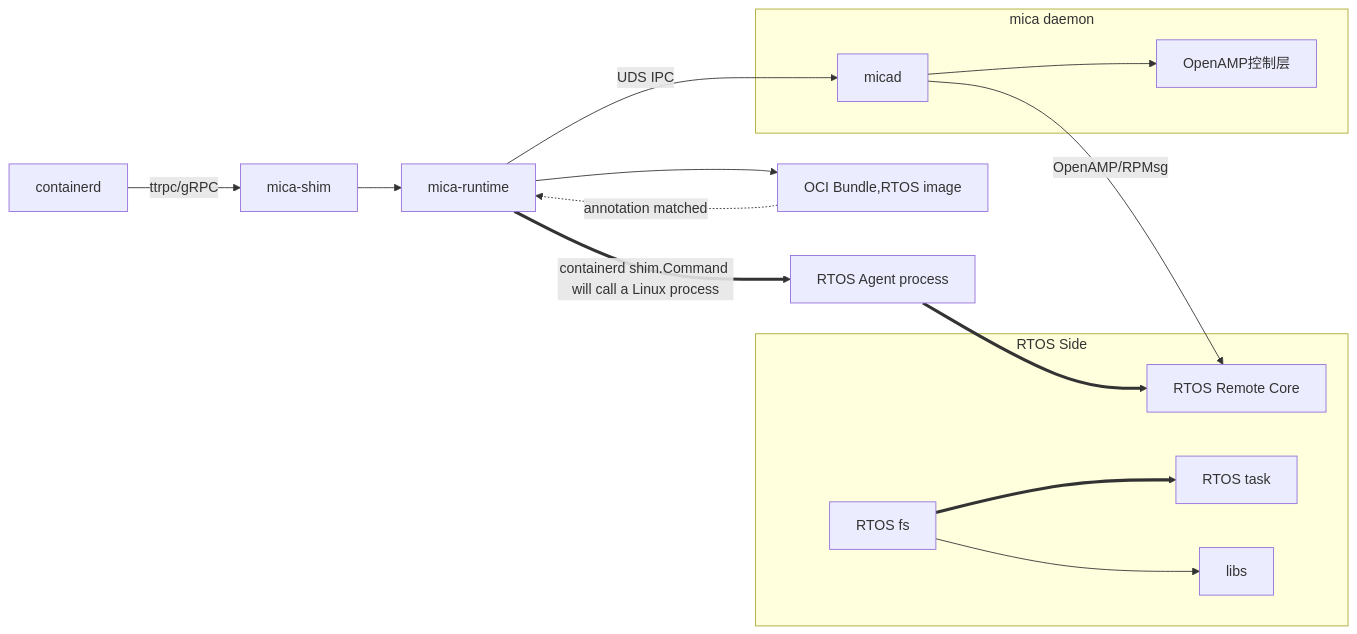
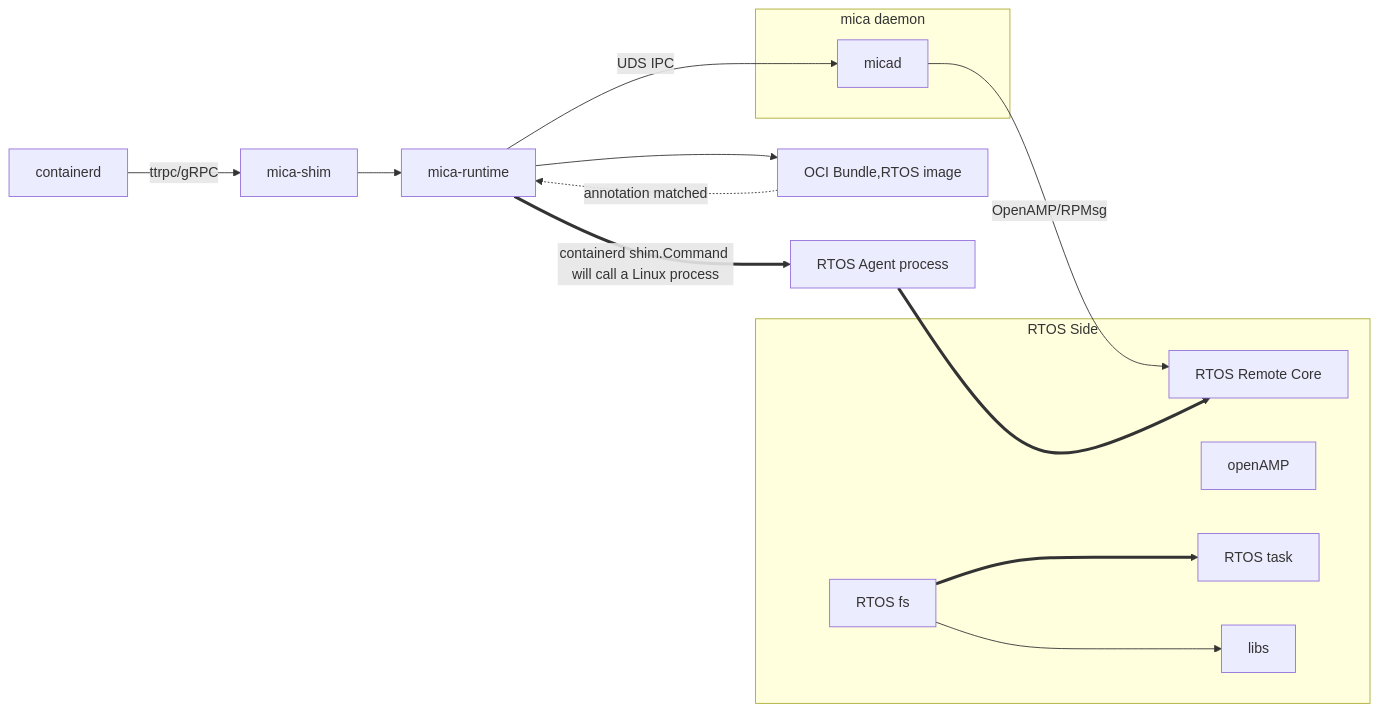
One commit to Egg12138/iodraw-files changed the diagram in all/未命名.md. Above: the diagram before and after it, drawn with Mermaid.

Commit message:
2025-06-21 17:12:52 update

````diff
--- a/all/未命名.md
+++ b/all/未命名.md
@@ -1,23 +1,23 @@
 ```mermaid
 
 graph LR
     CD[containerd] -->|ttrpc/gRPC| S
     S[mica-shim] --> MR
     MR[mica-runtime] -->|UDS IPC| A[micad]
     MR -->C[OCI Bundle,RTOS image]
     MR ==>|containerd shim.Command will call a Linux process|AG[RTOS Agent process]
     A -->|OpenAMP/RPMsg| B[RTOS Remote Core]
     C -.->|annotation matched| MR
     AG ==>B
     subgraph RTOS Side
-        
+        openAMP 
         B
         D[RTOS fs] ==> E
         D --> L[libs]
         E[RTOS task]
     end
     subgraph mica daemon
-        A --> F[OpenAMP控制层]
+        A
     end
 
 ```
````
